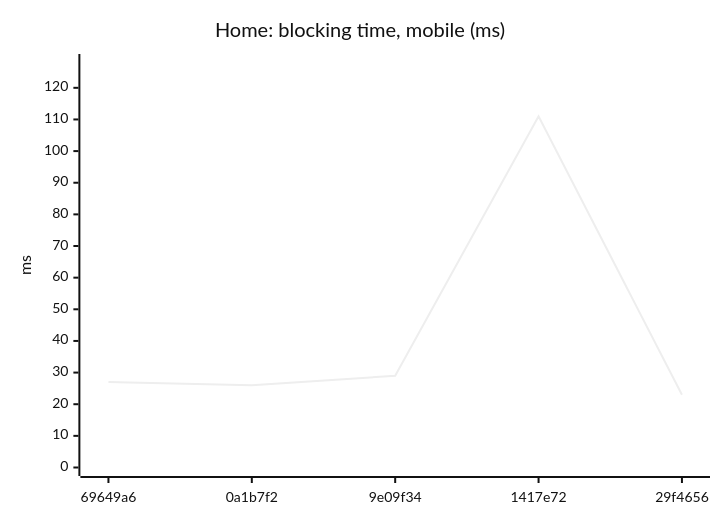
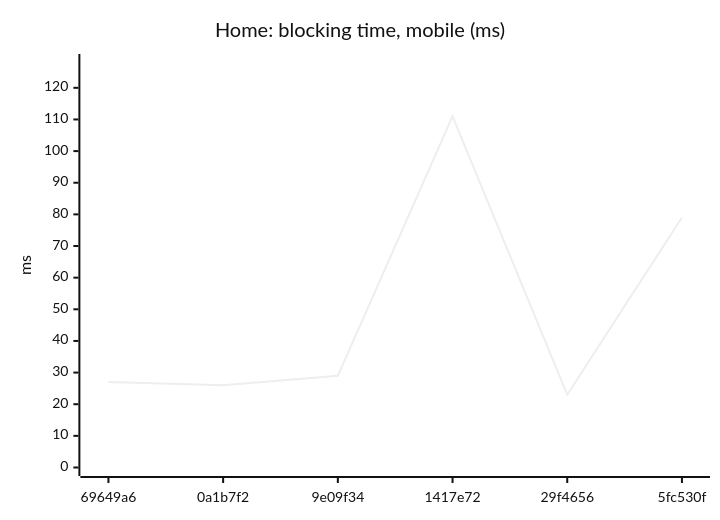
One commit to AxelUser/maltsev.space changed the second of 18 diagrams in README.md. Above: the diagram before and after it, drawn with Mermaid (neutral theme). The commit also changed other lines of this file and 1 other file, not shown here.

````diff
--- a/README.md
+++ b/README.md
@@ -43,7 +43,7 @@
 ```mermaid
 xychart-beta
   title "Home: blocking time, mobile (ms)"
-  x-axis ["69649a6", "0a1b7f2", "9e09f34", "1417e72", "29f4656"]
+  x-axis ["69649a6", "0a1b7f2", "9e09f34", "1417e72", "29f4656", "5fc530f"]
   y-axis "ms" 0 --> 128
-  line [27, 26, 29, 111, 23]
+  line [27, 26, 29, 111, 23, 79]
 ```
````
